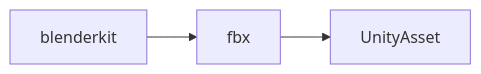
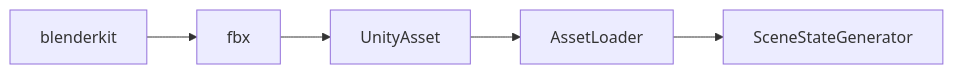
Before and after one commit to RepnikovPavel/FurnitureDetection: the eighth of 8 diagrams in ReadMe.md, drawn with Mermaid. The commit also changed other lines of this file and 2 other files, not shown here.

````diff
--- a/ReadMe.md
+++ b/ReadMe.md
@@ -134,4 +134,4 @@
 ```mermaid
 graph LR 
-blenderkit --> fbx --> UnityAsset
+blenderkit --> fbx --> UnityAsset --> AssetLoader --> SceneStateGenerator
 ```
````
